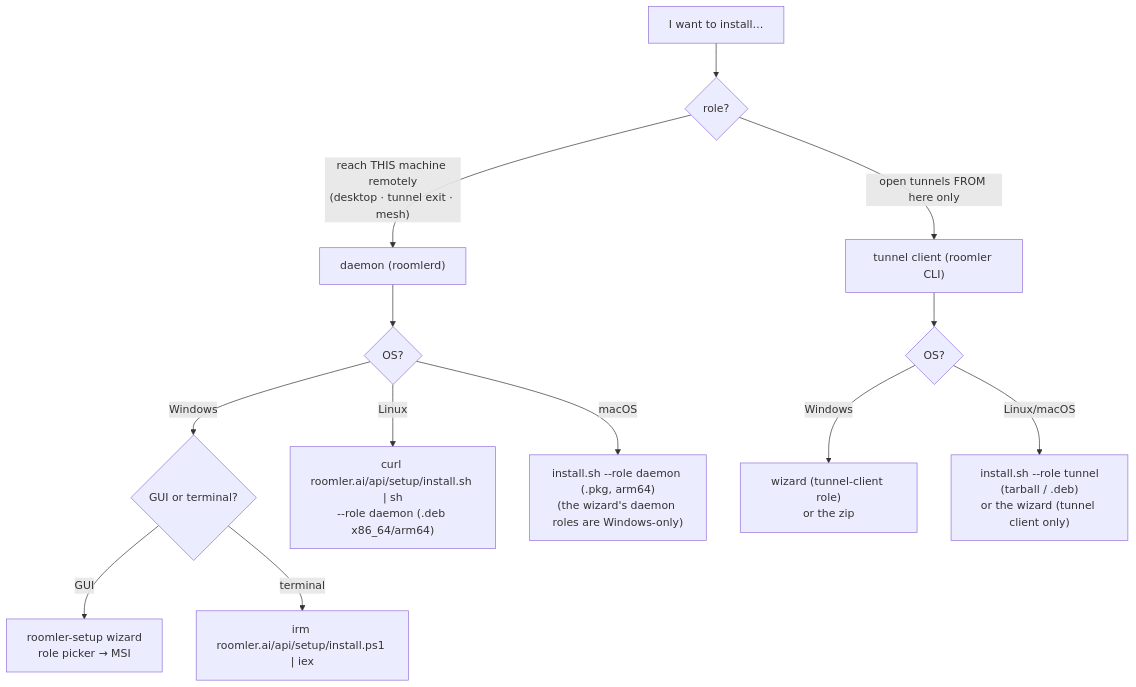
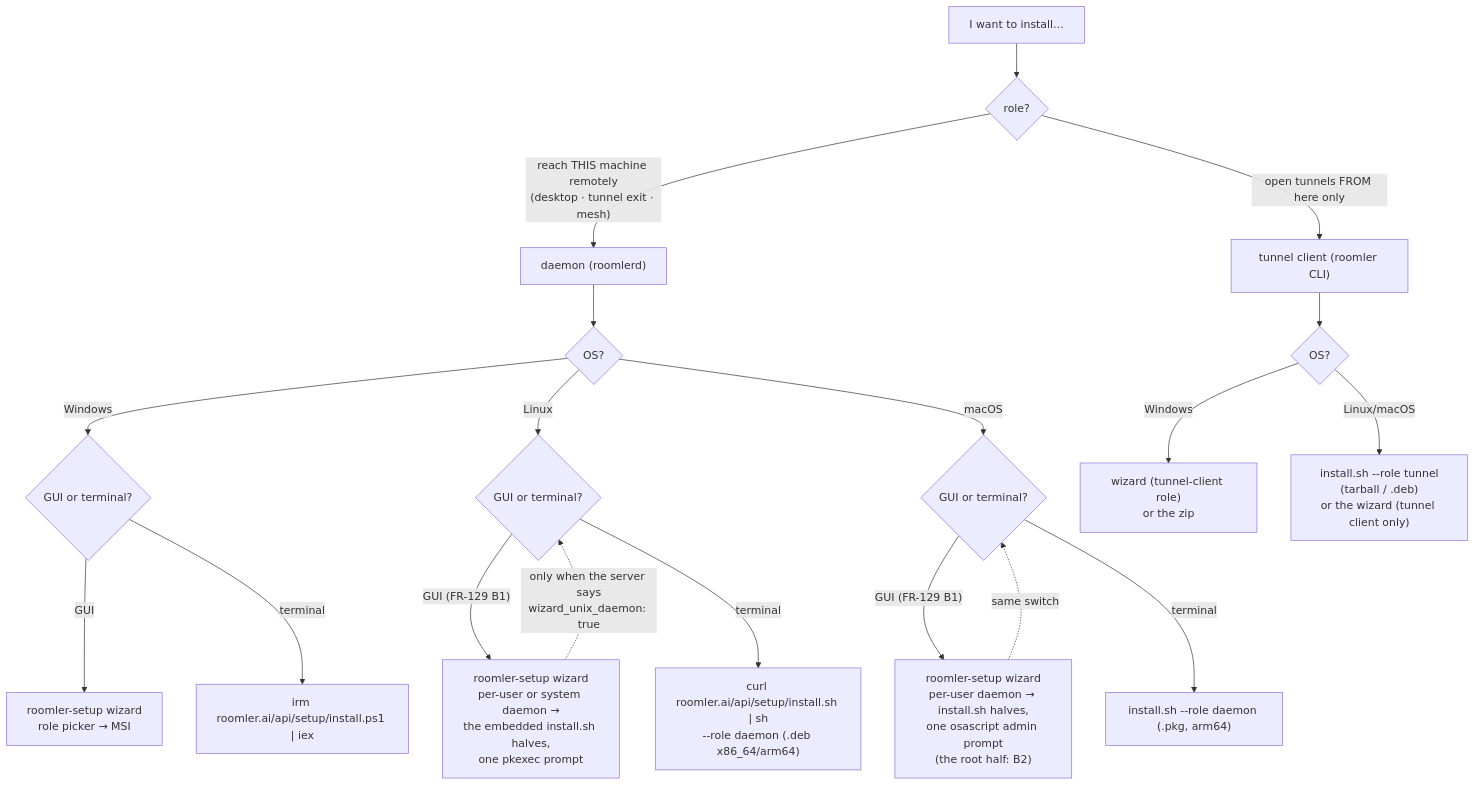
Before and after one commit to gjovanov/roomler-ai: the first of 7 diagrams in docs/installation.md, drawn with Mermaid. The commit also changed other lines of this file and 1 other file, not shown here.

````diff
--- a/docs/installation.md
+++ b/docs/installation.md
@@ -11,17 +11,23 @@
 ```mermaid
 flowchart TB
     START["I want to install…"] --> ROLE{"role?"}
     ROLE -->|"reach THIS machine remotely<br/>(desktop · tunnel exit · mesh)"| DAEMON["daemon (roomlerd)"]
     ROLE -->|"open tunnels FROM here only"| TC["tunnel client (roomler CLI)"]
 
     DAEMON --> OS1{"OS?"}
     OS1 -->|Windows| WGUI{"GUI or terminal?"}
     WGUI -->|GUI| WIZ["roomler-setup wizard<br/>role picker → MSI"]
     WGUI -->|terminal| PS1["irm roomler.ai/api/setup/install.ps1 | iex"]
-    OS1 -->|Linux| SH["curl roomler.ai/api/setup/install.sh | sh<br/>--role daemon (.deb x86_64/arm64)"]
-    OS1 -->|macOS| PKG["install.sh --role daemon (.pkg, arm64)<br/>(the wizard's daemon roles are Windows-only)"]
+    OS1 -->|Linux| LGUI{"GUI or terminal?"}
+    LGUI -->|"GUI (FR-129 B1)"| LWIZ["roomler-setup wizard<br/>per-user or system daemon →<br/>the embedded install.sh halves,<br/>one pkexec prompt"]
+    LGUI -->|terminal| SH["curl roomler.ai/api/setup/install.sh | sh<br/>--role daemon (.deb x86_64/arm64)"]
+    OS1 -->|macOS| MGUI{"GUI or terminal?"}
+    MGUI -->|"GUI (FR-129 B1)"| MWIZ["roomler-setup wizard<br/>per-user daemon → install.sh halves,<br/>one osascript admin prompt<br/>(the root half: B2)"]
+    MGUI -->|terminal| PKG["install.sh --role daemon (.pkg, arm64)"]
+    LWIZ -.->|"only when the server says<br/>wizard_unix_daemon: true"| LGUI
+    MWIZ -.->|"same switch"| MGUI
 
     TC --> OS2{"OS?"}
     OS2 -->|Windows| TCW["wizard (tunnel-client role)<br/>or the zip"]
     OS2 -->|Linux/macOS| TCU["install.sh --role tunnel<br/>(tarball / .deb)<br/>or the wizard (tunnel client only)"]
 ```
````
